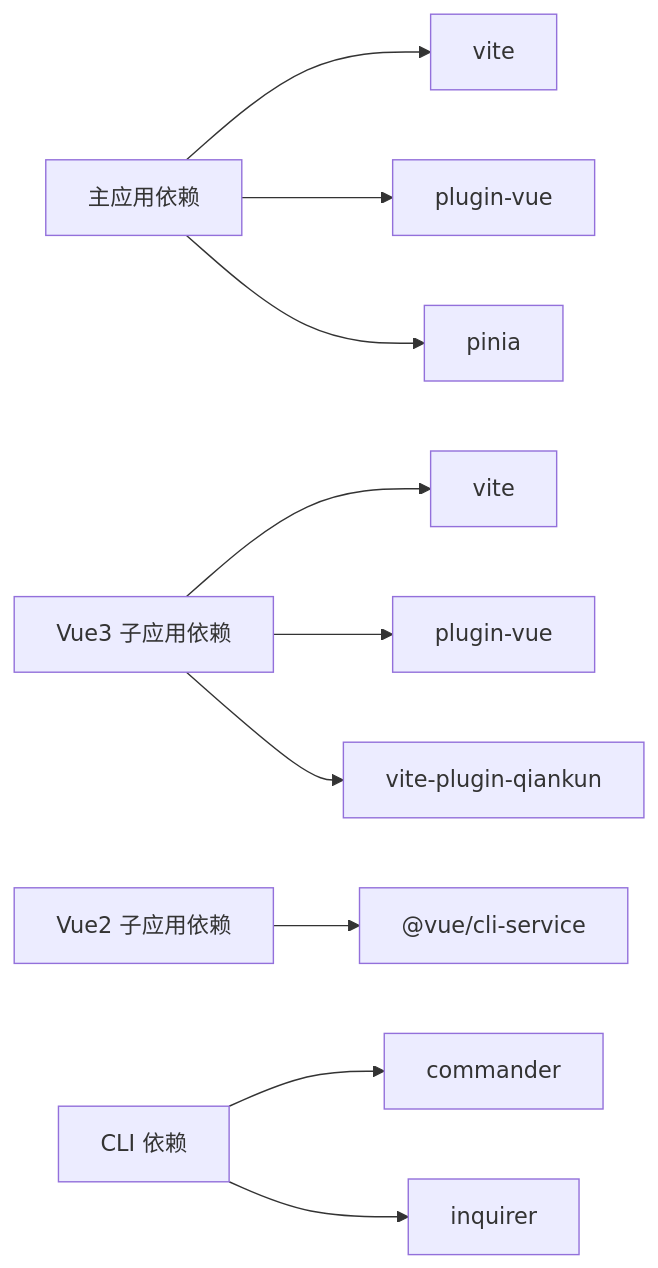
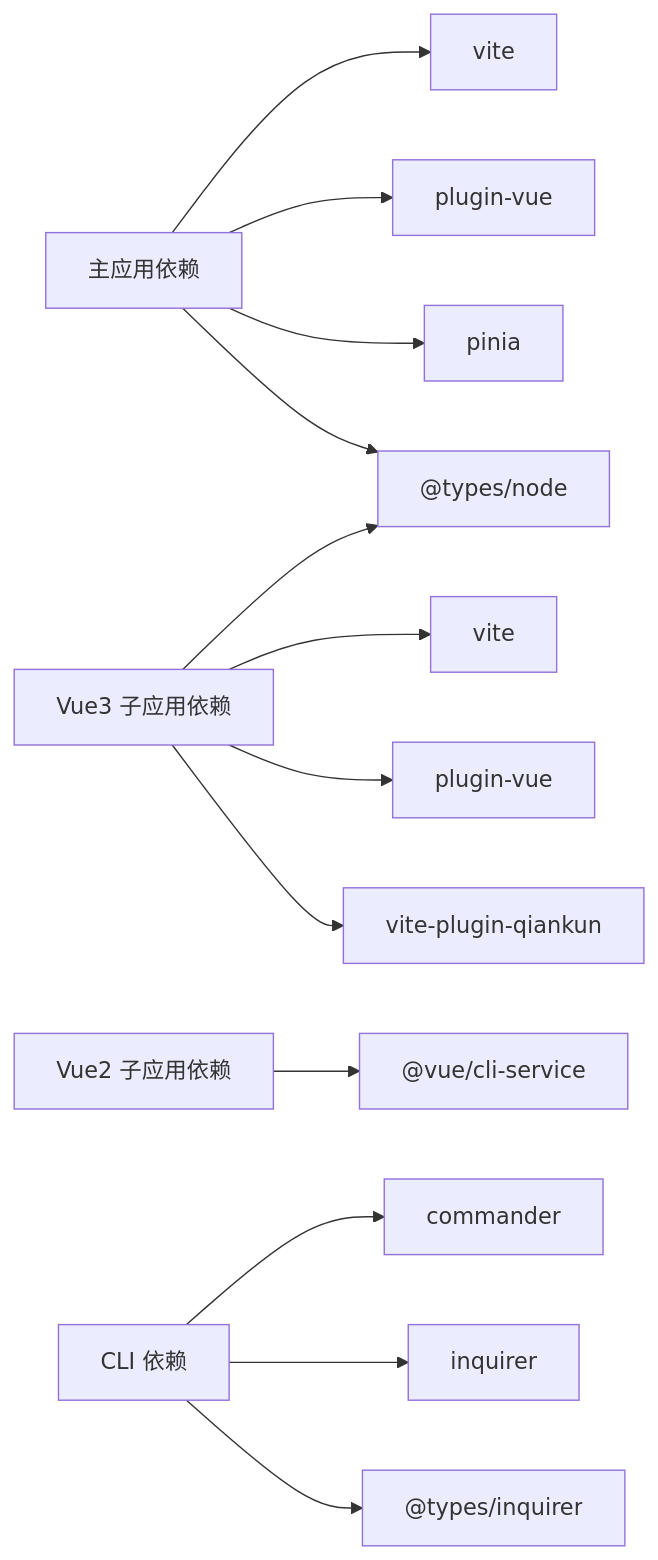
The sixth of 6 diagrams in .qoder/repowiki/zh/content/高级主题/TypeScript 支持.md (my-Sitara/artisan-base-frontend), drawn with Mermaid before and after one commit. The commit also changed other lines of this file and 35 other files, not shown here.

````diff
--- a/.qoder/repowiki/zh/content/高级主题/TypeScript 支持.md
+++ b/.qoder/repowiki/zh/content/高级主题/TypeScript 支持.md
@@ -223,12 +318,15 @@
 ```mermaid
 graph LR
 main_dep["主应用依赖"] --> vite["vite"]
 main_dep --> vue_plugin["plugin-vue"]
 main_dep --> pinia["pinia"]
+main_dep --> ts_types["@types/node"]
 vue3_dep["Vue3 子应用依赖"] --> vite3["vite"]
 vue3_dep --> vue3_plugin["plugin-vue"]
 vue3_dep --> qiankun["vite-plugin-qiankun"]
+vue3_dep --> ts_types
 vue2_dep["Vue2 子应用依赖"] --> cli_service["@vue/cli-service"]
 cli_dep["CLI 依赖"] --> commander["commander"]
 cli_dep --> inquirer["inquirer"]
+cli_dep --> ts_inquirer["@types/inquirer"]
 ```
````
